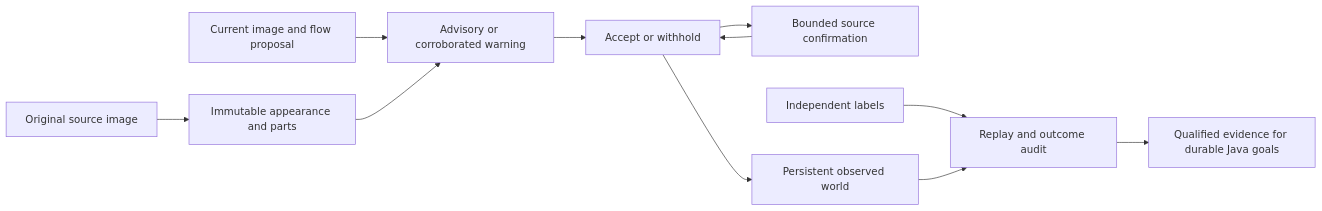
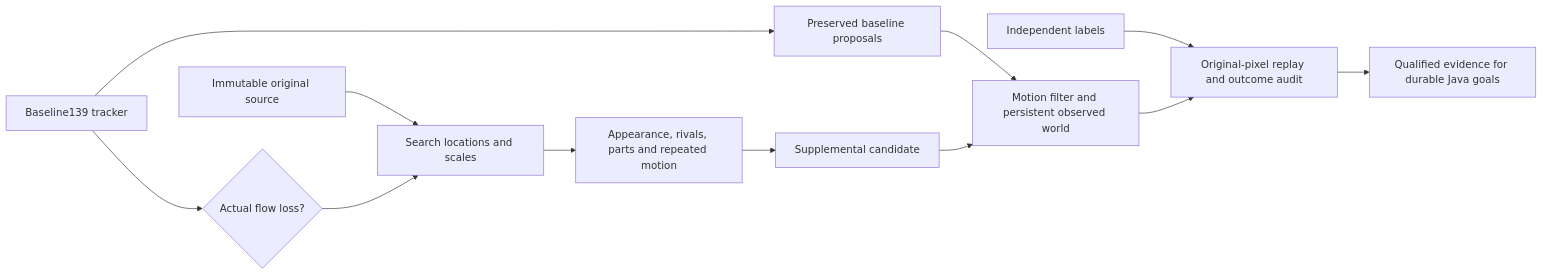
One commit to eyeoverthink/Fraynix-Agent-Workspace changed the diagram in docs/publication141/README-template.md. Above: the diagram before and after it, drawn with Mermaid. The commit also changed other lines of this file and 13 other files, not shown here.

Commit message:
Record fresh source-only review and independent labels before edition 141 predictions

````diff
--- a/docs/publication141/README-template.md
+++ b/docs/publication141/README-template.md
@@ -86,13 +88,14 @@
 ```mermaid
 flowchart LR
-  A[Original source image] --> B[Immutable appearance and parts]
-  C[Current image and flow proposal] --> D[Advisory or corroborated warning]
-  B --> D
-  D --> E[Accept or withhold]
-  E --> F[Bounded source confirmation]
-  F --> E
-  E --> G[Persistent observed world]
-  H[Independent labels] --> I[Replay and outcome audit]
-  G --> I
-  I --> J[Qualified evidence for durable Java goals]
+  A[Immutable original source] --> B[Search locations and scales]
+  C[Baseline139 tracker] --> D{Actual flow loss?}
+  D --> B
+  B --> E[Appearance, rivals, parts and repeated motion]
+  C --> F[Preserved baseline proposals]
+  E --> G[Supplemental candidate]
+  F --> H[Motion filter and persistent observed world]
+  G --> H
+  I[Independent labels] --> J[Original-pixel replay and outcome audit]
+  H --> J
+  J --> K[Qualified evidence for durable Java goals]
 ```
````
